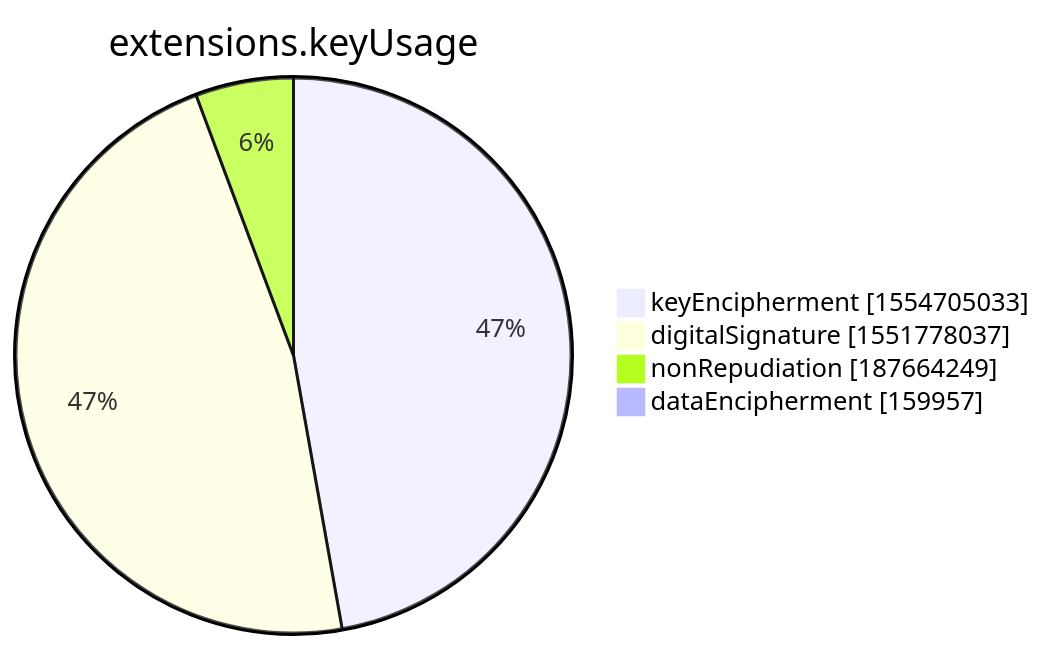
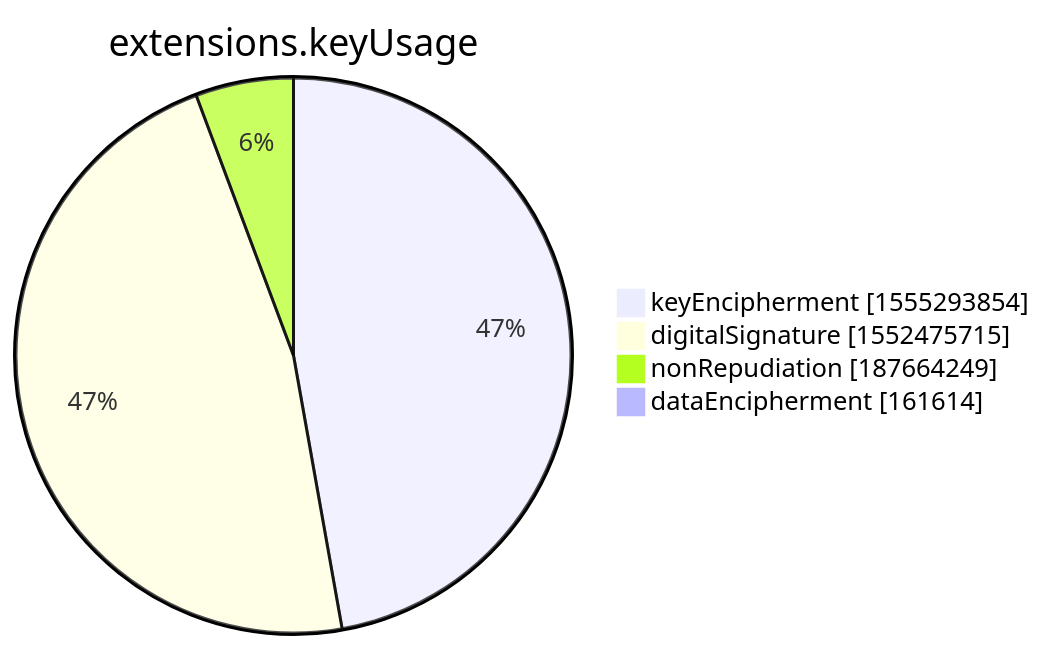
Before and after one commit to christiankrug/ctmonitor_visualization: the seventh of 15 diagrams in xenon2022/README.md, drawn with Mermaid. The commit also changed other lines of this file, not shown here.

````diff
--- a/xenon2022/README.md
+++ b/xenon2022/README.md
@@ -2852,8 +2852,8 @@
 ```mermaid
 pie showData
 title extensions.keyUsage
-"keyEncipherment" :1554705033
-"digitalSignature" :1551778037
+"keyEncipherment" :1555293854
+"digitalSignature" :1552475715
 "nonRepudiation" :187664249
-"dataEncipherment" :159957
+"dataEncipherment" :161614
 ```
````
